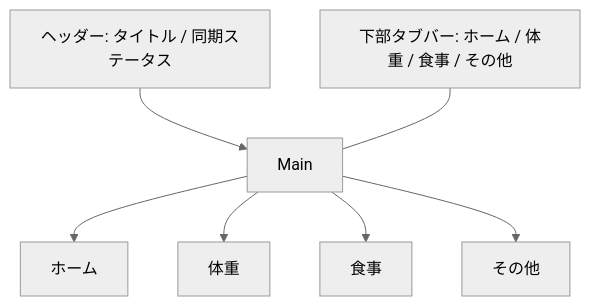
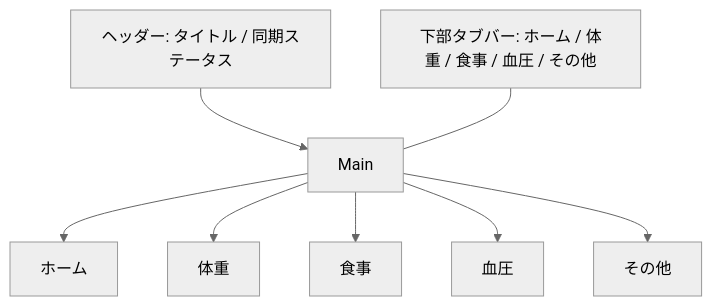
Before and after one commit to winya5128/health-tracker: the second of 5 diagrams in design.md, drawn with Mermaid (neutral theme). The commit also changed other lines of this file and 5 other files, not shown here.

````diff
--- a/design.md
+++ b/design.md
@@ -70,11 +83,12 @@
 ```mermaid
 flowchart TB
   Header["ヘッダー: タイトル / 同期ステータス"]
-  Tabs["下部タブバー: ホーム / 体重 / 食事 / その他"]
+  Tabs["下部タブバー: ホーム / 体重 / 食事 / 血圧 / その他"]
   Header --> Main
   Main --> H[ホーム]
   Main --> W[体重]
   Main --> M[食事]
+  Main --> B[血圧]
   Main --> O[その他]
   Tabs --- Main
 ```
````
